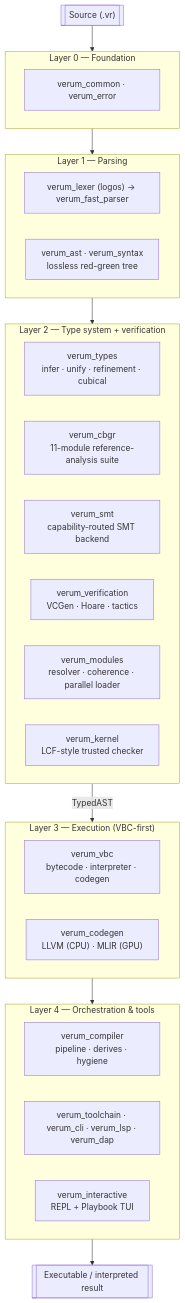
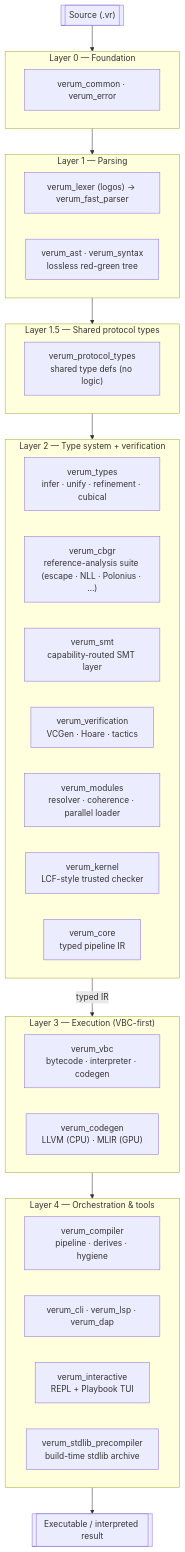
Before and after one commit to verum-lang/website: the first of 3 diagrams in docs/architecture/overview.md, drawn with Mermaid. The commit also changed other lines of this file and 81 other files, not shown here.

````diff
--- a/docs/architecture/overview.md
+++ b/docs/architecture/overview.md
@@ -36,39 +38,45 @@
 ```mermaid
 flowchart TD
     SRC[["Source (.vr)"]]
 
     subgraph L0["Layer 0 — Foundation"]
         L0A[verum_common · verum_error]
     end
 
     subgraph L1["Layer 1 — Parsing"]
         L1A["verum_lexer (logos) → verum_fast_parser"]
         L1B["verum_ast · verum_syntax<br/>lossless red-green tree"]
     end
 
+    subgraph L15["Layer 1.5 — Shared protocol types"]
+        L15A["verum_protocol_types<br/>shared type defs (no logic)"]
+    end
+
     subgraph L2["Layer 2 — Type system + verification"]
         L2A["verum_types<br/>infer · unify · refinement · cubical"]
-        L2B["verum_cbgr<br/>11-module reference-analysis suite"]
-        L2C["verum_smt<br/>capability-routed SMT backend"]
+        L2B["verum_cbgr<br/>reference-analysis suite (escape · NLL · Polonius · …)"]
+        L2C["verum_smt<br/>capability-routed SMT layer"]
         L2D["verum_verification<br/>VCGen · Hoare · tactics"]
         L2E["verum_modules<br/>resolver · coherence · parallel loader"]
         L2F["verum_kernel<br/>LCF-style trusted checker"]
+        L2G["verum_core<br/>typed pipeline IR"]
     end
 
     subgraph L3["Layer 3 — Execution (VBC-first)"]
         L3A["verum_vbc<br/>bytecode · interpreter · codegen"]
         L3B["verum_codegen<br/>LLVM (CPU) · MLIR (GPU)"]
     end
 
     subgraph L4["Layer 4 — Orchestration & tools"]
         L4A["verum_compiler<br/>pipeline · derives · hygiene"]
-        L4B["verum_toolchain · verum_cli · verum_lsp · verum_dap"]
+        L4B["verum_cli · verum_lsp · verum_dap"]
         L4C["verum_interactive<br/>REPL + Playbook TUI"]
+        L4D["verum_stdlib_precompiler<br/>build-time stdlib archive"]
     end
 
     OUT[["Executable / interpreted result"]]
 
-    SRC --> L0 --> L1 --> L2
-    L2 -- "TypedAST" --> L3
+    SRC --> L0 --> L1 --> L15 --> L2
+    L2 -- "typed IR" --> L3
     L3 --> L4 --> OUT
 ```
````
